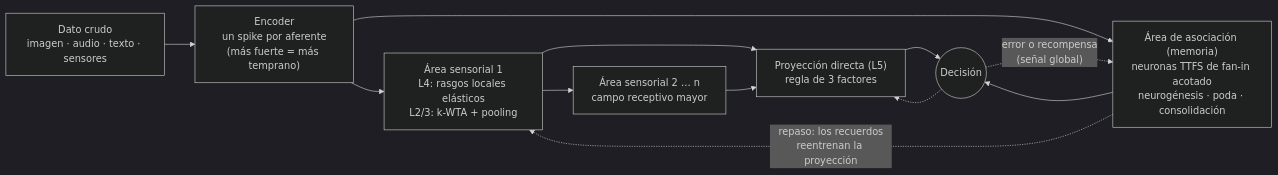
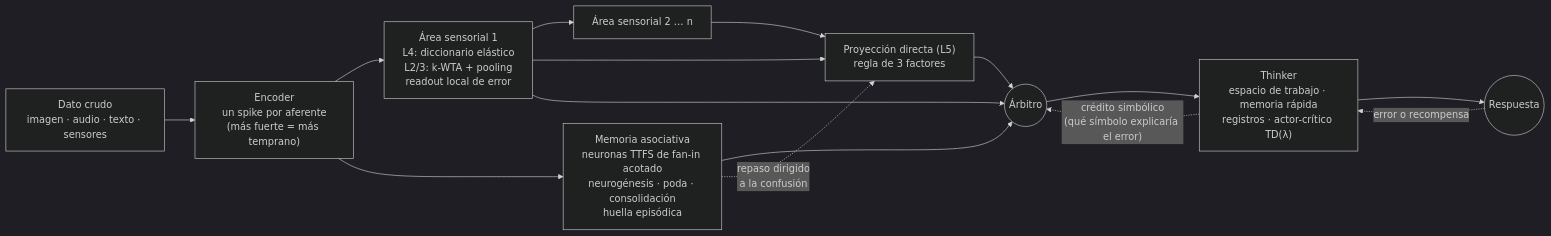
Before and after one commit to hernanbarreto/bioelastic_snn: the diagram in README.md, drawn with Mermaid (dark theme). The commit also changed other lines of this file and 4 other files, not shown here.

````diff
--- a/README.md
+++ b/README.md
@@ -12,14 +21,17 @@
 ```mermaid
 flowchart LR
     X["Dato crudo<br/>imagen · audio · texto · sensores"] --> E["Encoder<br/>un spike por aferente<br/>(más fuerte = más temprano)"]
-    E --> A1["Área sensorial 1<br/>L4: rasgos locales elásticos<br/>L2/3: k-WTA + pooling"]
-    A1 --> A2["Área sensorial 2 … n<br/>campo receptivo mayor"]
-    E --> M["Área de asociación (memoria)<br/>neuronas TTFS de fan-in acotado<br/>neurogénesis · poda · consolidación"]
+    E --> A1["Área sensorial 1<br/>L4: diccionario elástico<br/>L2/3: k-WTA + pooling<br/>readout local de error"]
+    A1 --> A2["Área sensorial 2 … n"]
+    E --> M["Memoria asociativa<br/>neuronas TTFS de fan-in acotado<br/>neurogénesis · poda · consolidación<br/>huella episódica"]
     A1 --> P["Proyección directa (L5)<br/>regla de 3 factores"]
     A2 --> P
-    M --> D(("Decisión"))
-    P --> D
-    M -. "repaso: los recuerdos<br/>reentrenan la proyección" .-> A1
-    D -. "error o recompensa<br/>(señal global)" .-> M
-    D -.-> P
+    M --> AR(("Árbitro"))
+    P --> AR
+    A1 --> AR
+    AR --> T["Thinker<br/>espacio de trabajo · memoria rápida<br/>registros · actor-crítico TD(λ)"]
+    T --> O(("Respuesta"))
+    M -. "repaso dirigido<br/>a la confusión" .-> P
+    O -. "error o recompensa" .-> T
+    T -. "crédito simbólico<br/>(qué símbolo explicaría el error)" .-> AR
 ```
````
